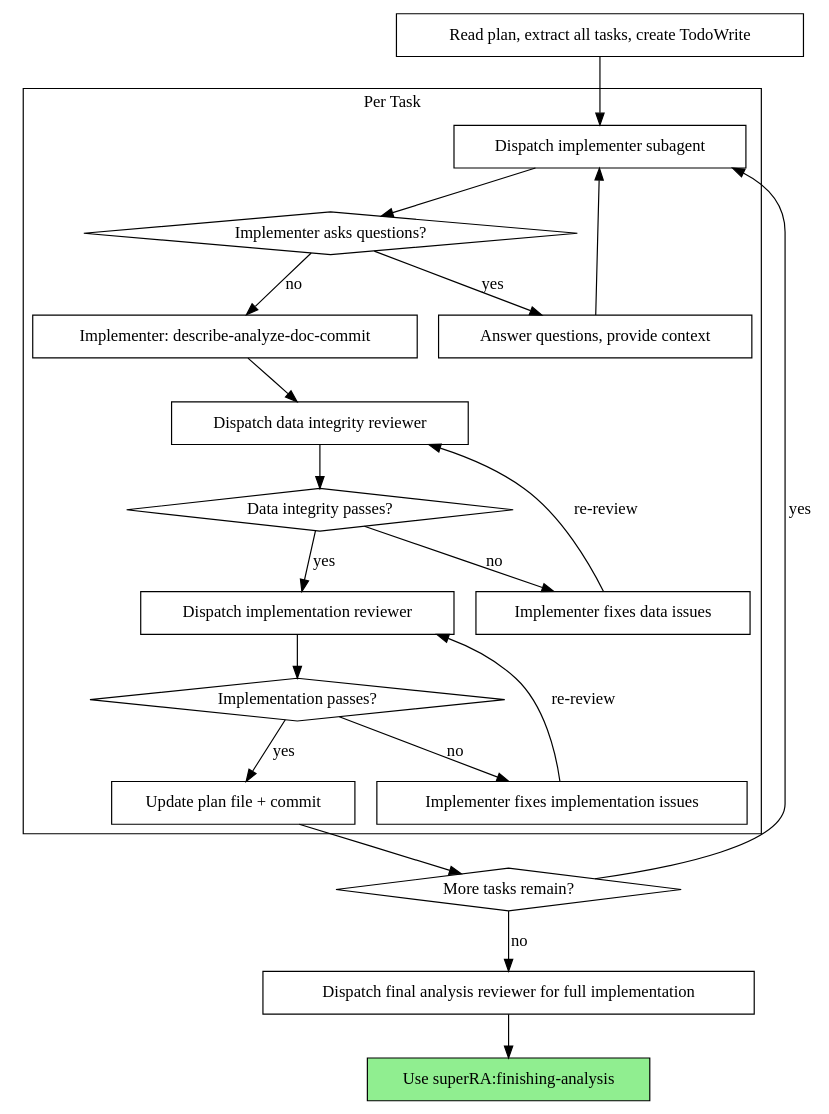
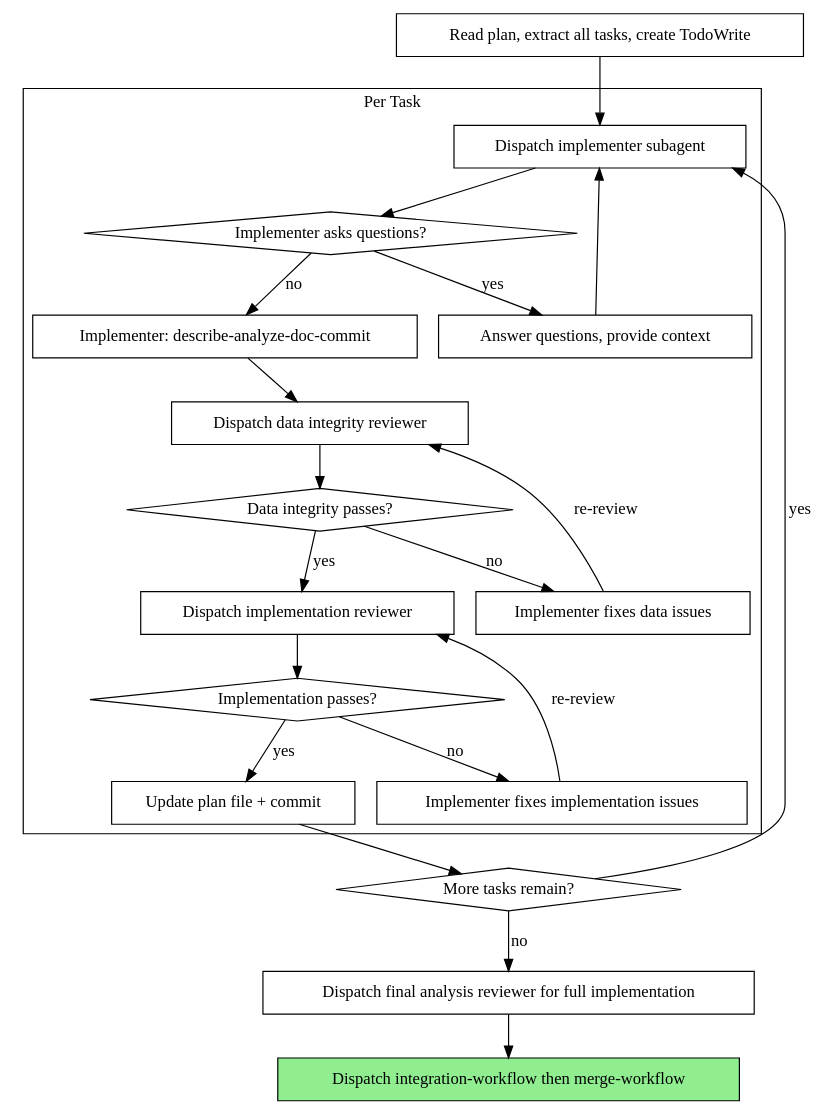
Before and after one commit to FuZhiyu/superRA: the second of 2 diagrams in skills/execution-workflow/SKILL.md, drawn with Graphviz. The commit also changed other lines of this file and 8 other files, not shown here.

````diff
--- a/skills/execution-workflow/SKILL.md
+++ b/skills/execution-workflow/SKILL.md
@@ -49,44 +49,44 @@
 ```dot
 digraph process {
     rankdir=TB;
 
     subgraph cluster_per_task {
         label="Per Task";
         "Dispatch implementer subagent" [shape=box];
         "Implementer asks questions?" [shape=diamond];
         "Answer questions, provide context" [shape=box];
         "Implementer: describe-analyze-doc-commit" [shape=box];
         "Dispatch data integrity reviewer" [shape=box];
         "Data integrity passes?" [shape=diamond];
         "Implementer fixes data issues" [shape=box];
         "Dispatch implementation reviewer" [shape=box];
         "Implementation passes?" [shape=diamond];
         "Implementer fixes implementation issues" [shape=box];
         "Update plan file + commit" [shape=box];
     }
 
     "Read plan, extract all tasks, create TodoWrite" [shape=box];
     "More tasks remain?" [shape=diamond];
     "Dispatch final analysis reviewer for full implementation" [shape=box];
-    "Use superRA:finishing-analysis" [shape=box style=filled fillcolor=lightgreen];
+    "Dispatch integration-workflow then merge-workflow" [shape=box style=filled fillcolor=lightgreen];
 
     "Read plan, extract all tasks, create TodoWrite" -> "Dispatch implementer subagent";
     "Dispatch implementer subagent" -> "Implementer asks questions?";
     "Implementer asks questions?" -> "Answer questions, provide context" [label="yes"];
     "Answer questions, provide context" -> "Dispatch implementer subagent";
     "Implementer asks questions?" -> "Implementer: describe-analyze-doc-commit" [label="no"];
     "Implementer: describe-analyze-doc-commit" -> "Dispatch data integrity reviewer";
     "Dispatch data integrity reviewer" -> "Data integrity passes?";
     "Data integrity passes?" -> "Implementer fixes data issues" [label="no"];
     "Implementer fixes data issues" -> "Dispatch data integrity reviewer" [label="re-review"];
     "Data integrity passes?" -> "Dispatch implementation reviewer" [label="yes"];
     "Dispatch implementation reviewer" -> "Implementation passes?";
     "Implementation passes?" -> "Implementer fixes implementation issues" [label="no"];
     "Implementer fixes implementation issues" -> "Dispatch implementation reviewer" [label="re-review"];
     "Implementation passes?" -> "Update plan file + commit" [label="yes"];
     "Update plan file + commit" -> "More tasks remain?";
     "More tasks remain?" -> "Dispatch implementer subagent" [label="yes"];
     "More tasks remain?" -> "Dispatch final analysis reviewer for full implementation" [label="no"];
-    "Dispatch final analysis reviewer for full implementation" -> "Use superRA:finishing-analysis";
+    "Dispatch final analysis reviewer for full implementation" -> "Dispatch integration-workflow then merge-workflow";
 }
 ```
````
